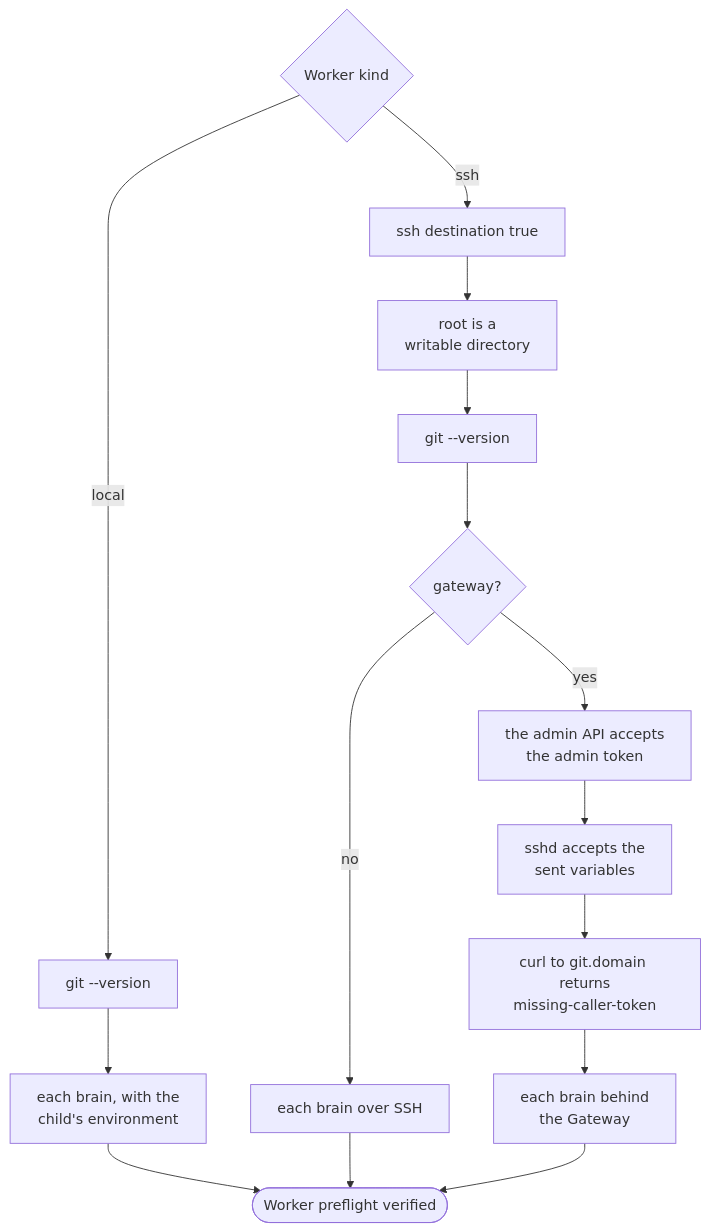
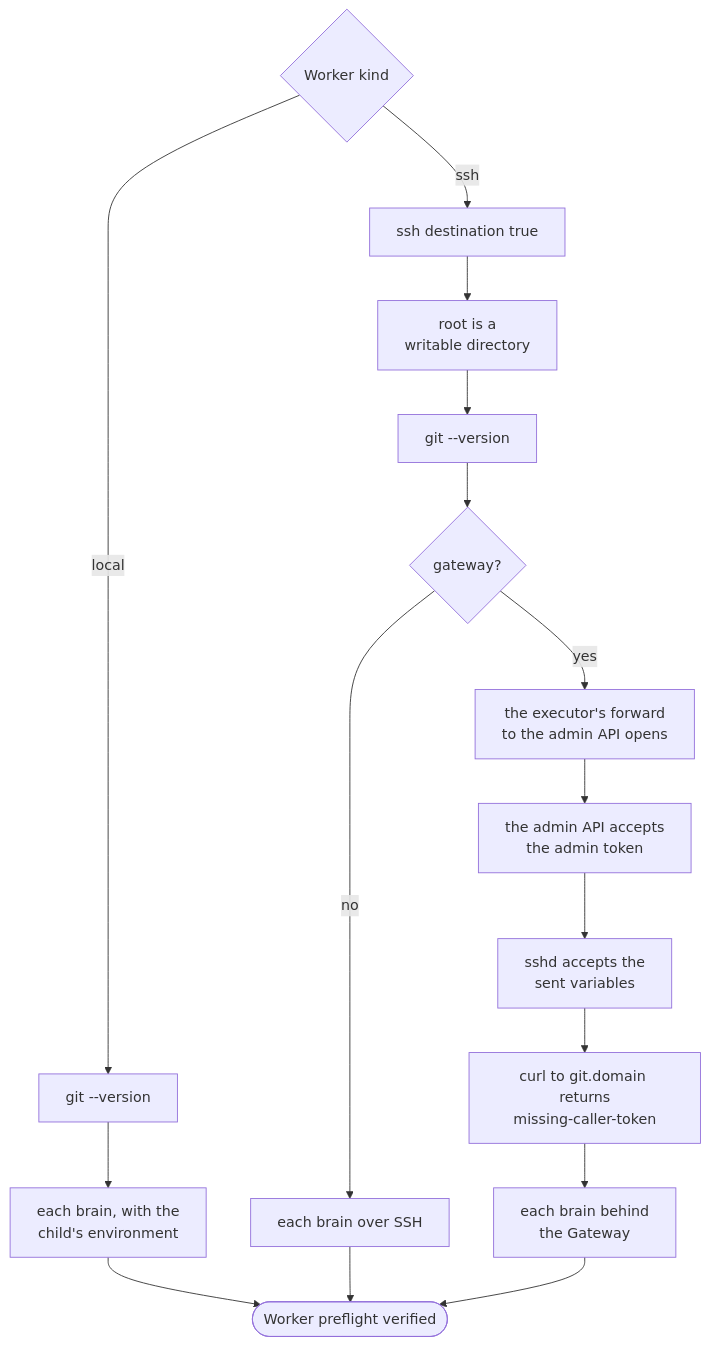
One commit to basaltbytes/usine changed the second of 9 diagrams in apps/docs/src/content/docs/architecture/workers-and-gateway.mdx. Above: the diagram before and after it, drawn with Mermaid. The commit also changed other lines of this file and 24 other files, not shown here.

First line of the commit message:
Open and keep the forward to a Gateway's admin API in the executor

````diff
--- a/apps/docs/src/content/docs/architecture/workers-and-gateway.mdx
+++ b/apps/docs/src/content/docs/architecture/workers-and-gateway.mdx
@@ -143,17 +165,18 @@
 ```mermaid
 flowchart TD
   kind{"Worker kind"} -->|local| lgit["git --version"]
   lgit --> lbrain["each brain, with the<br/>child's environment"]
   kind -->|ssh| connect["ssh destination true"]
   connect --> root["root is a<br/>writable directory"]
   root --> sgit["git --version"]
   sgit --> gw{"gateway?"}
   gw -->|no| sbrain["each brain over SSH"]
-  gw -->|yes| admin["the admin API accepts<br/>the admin token"]
+  gw -->|yes| forward["the executor's forward<br/>to the admin API opens"]
+  forward --> admin["the admin API accepts<br/>the admin token"]
   admin --> sent["sshd accepts the<br/>sent variables"]
   sent --> curl["curl to git.domain returns<br/>missing-caller-token"]
   curl --> gbrain["each brain behind<br/>the Gateway"]
   lbrain --> ok(["Worker preflight verified"])
   sbrain --> ok
   gbrain --> ok
 ```
````
